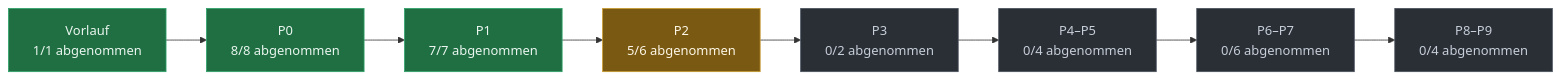
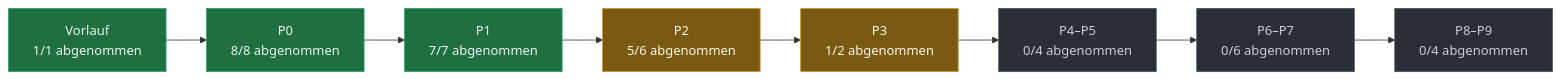
One commit to evenacadia-tech/Nakama changed the diagram in docs/PLAN-STAND.md. Above: the diagram before and after it, drawn with Mermaid. The commit also changed other lines of this file and 3 other files, not shown here.

````diff
--- a/docs/PLAN-STAND.md
+++ b/docs/PLAN-STAND.md
@@ -35,21 +38,21 @@
 ```mermaid
 flowchart LR
   P0["Vorlauf<br/>1/1 abgenommen"]:::fertig
   P1["P0<br/>8/8 abgenommen"]:::fertig
   P0 --> P1
   P2["P1<br/>7/7 abgenommen"]:::fertig
   P1 --> P2
   P3["P2<br/>5/6 abgenommen"]:::laeuft
   P2 --> P3
-  P4["P3<br/>0/2 abgenommen"]:::offen
+  P4["P3<br/>1/2 abgenommen"]:::laeuft
   P3 --> P4
   P5["P4–P5<br/>0/4 abgenommen"]:::offen
   P4 --> P5
   P6["P6–P7<br/>0/6 abgenommen"]:::offen
   P5 --> P6
   P7["P8–P9<br/>0/4 abgenommen"]:::offen
   P6 --> P7
   classDef fertig fill:#1f6f43,stroke:#2ea36a,color:#eaf6ef
   classDef laeuft fill:#7a5a12,stroke:#c99a2e,color:#fdf6e6
   classDef offen  fill:#2a2f36,stroke:#4a525c,color:#c7ced8
 ```
````
